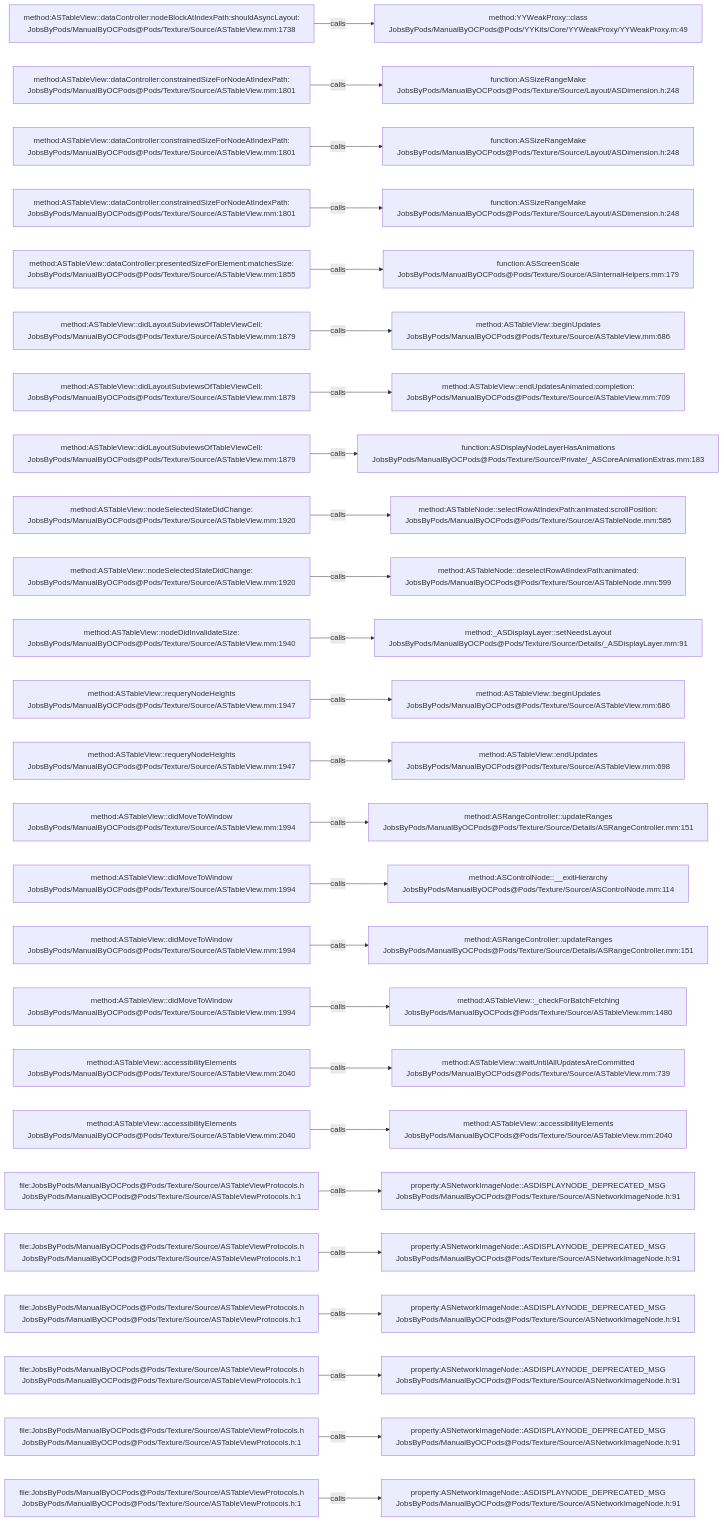
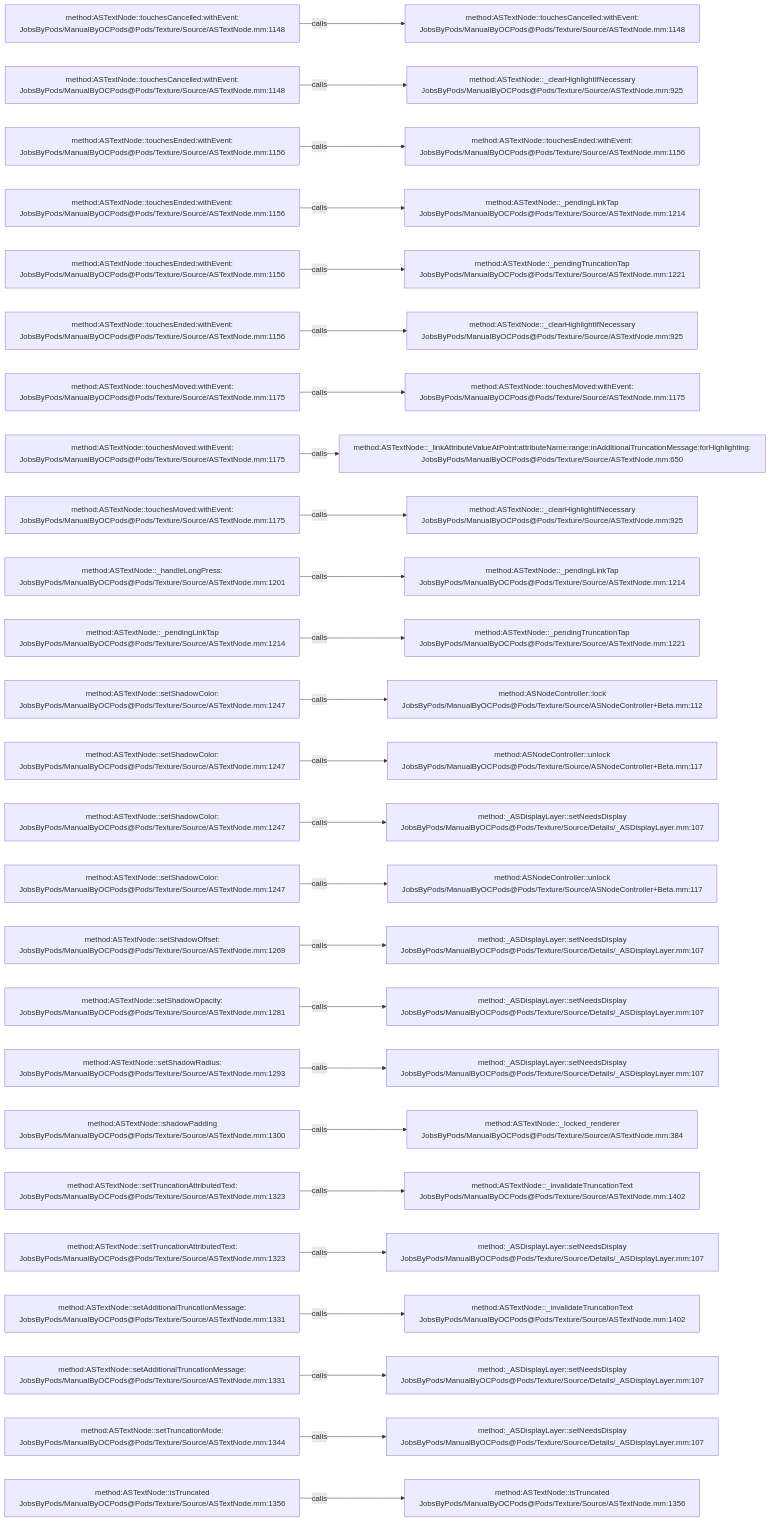
One commit to JobsKits/JobsOCBaseConfigDemo changed the diagram in .codegraph/codegraph.md/graphs/calls-139.md. Above: the diagram before and after it, drawn with Mermaid. The commit also changed 1223 other files, not shown here.

````diff
--- a/.codegraph/codegraph.md/graphs/calls-139.md
+++ b/.codegraph/codegraph.md/graphs/calls-139.md
@@ -13,78 +13,78 @@
 ```mermaid
 flowchart LR
-  S1["method:ASTableView::dataController:nodeBlockAtIndexPath:shouldAsyncLayout:<br/>JobsByPods/ManualByOCPods@Pods/Texture/Source/ASTableView.mm:1738"]
-  T1["method:YYWeakProxy::class<br/>JobsByPods/ManualByOCPods@Pods/YYKits/Core/YYWeakProxy/YYWeakProxy.m:49"]
+  S1["method:ASTextNode::touchesCancelled:withEvent:<br/>JobsByPods/ManualByOCPods@Pods/Texture/Source/ASTextNode.mm:1148"]
+  T1["method:ASTextNode::touchesCancelled:withEvent:<br/>JobsByPods/ManualByOCPods@Pods/Texture/Source/ASTextNode.mm:1148"]
   S1 -->|calls| T1
-  S2["method:ASTableView::dataController:constrainedSizeForNodeAtIndexPath:<br/>JobsByPods/ManualByOCPods@Pods/Texture/Source/ASTableView.mm:1801"]
-  T2["function:ASSizeRangeMake<br/>JobsByPods/ManualByOCPods@Pods/Texture/Source/Layout/ASDimension.h:248"]
+  S2["method:ASTextNode::touchesCancelled:withEvent:<br/>JobsByPods/ManualByOCPods@Pods/Texture/Source/ASTextNode.mm:1148"]
+  T2["method:ASTextNode::_clearHighlightIfNecessary<br/>JobsByPods/ManualByOCPods@Pods/Texture/Source/ASTextNode.mm:925"]
   S2 -->|calls| T2
-  S3["method:ASTableView::dataController:constrainedSizeForNodeAtIndexPath:<br/>JobsByPods/ManualByOCPods@Pods/Texture/Source/ASTableView.mm:1801"]
-  T3["function:ASSizeRangeMake<br/>JobsByPods/ManualByOCPods@Pods/Texture/Source/Layout/ASDimension.h:248"]
+  S3["method:ASTextNode::touchesEnded:withEvent:<br/>JobsByPods/ManualByOCPods@Pods/Texture/Source/ASTextNode.mm:1156"]
+  T3["method:ASTextNode::touchesEnded:withEvent:<br/>JobsByPods/ManualByOCPods@Pods/Texture/Source/ASTextNode.mm:1156"]
   S3 -->|calls| T3
-  S4["method:ASTableView::dataController:constrainedSizeForNodeAtIndexPath:<br/>JobsByPods/ManualByOCPods@Pods/Texture/Source/ASTableView.mm:1801"]
-  T4["function:ASSizeRangeMake<br/>JobsByPods/ManualByOCPods@Pods/Texture/Source/Layout/ASDimension.h:248"]
+  S4["method:ASTextNode::touchesEnded:withEvent:<br/>JobsByPods/ManualByOCPods@Pods/Texture/Source/ASTextNode.mm:1156"]
+  T4["method:ASTextNode::_pendingLinkTap<br/>JobsByPods/ManualByOCPods@Pods/Texture/Source/ASTextNode.mm:1214"]
   S4 -->|calls| T4
-  S5["method:ASTableView::dataController:presentedSizeForElement:matchesSize:<br/>JobsByPods/ManualByOCPods@Pods/Texture/Source/ASTableView.mm:1855"]
-  T5["function:ASScreenScale<br/>JobsByPods/ManualByOCPods@Pods/Texture/Source/ASInternalHelpers.mm:179"]
+  S5["method:ASTextNode::touchesEnded:withEvent:<br/>JobsByPods/ManualByOCPods@Pods/Texture/Source/ASTextNode.mm:1156"]
+  T5["method:ASTextNode::_pendingTruncationTap<br/>JobsByPods/ManualByOCPods@Pods/Texture/Source/ASTextNode.mm:1221"]
   S5 -->|calls| T5
-  S6["method:ASTableView::didLayoutSubviewsOfTableViewCell:<br/>JobsByPods/ManualByOCPods@Pods/Texture/Source/ASTableView.mm:1879"]
-  T6["method:ASTableView::beginUpdates<br/>JobsByPods/ManualByOCPods@Pods/Texture/Source/ASTableView.mm:686"]
+  S6["method:ASTextNode::touchesEnded:withEvent:<br/>JobsByPods/ManualByOCPods@Pods/Texture/Source/ASTextNode.mm:1156"]
+  T6["method:ASTextNode::_clearHighlightIfNecessary<br/>JobsByPods/ManualByOCPods@Pods/Texture/Source/ASTextNode.mm:925"]
   S6 -->|calls| T6
-  S7["method:ASTableView::didLayoutSubviewsOfTableViewCell:<br/>JobsByPods/ManualByOCPods@Pods/Texture/Source/ASTableView.mm:1879"]
-  T7["method:ASTableView::endUpdatesAnimated:completion:<br/>JobsByPods/ManualByOCPods@Pods/Texture/Source/ASTableView.mm:709"]
+  S7["method:ASTextNode::touchesMoved:withEvent:<br/>JobsByPods/ManualByOCPods@Pods/Texture/Source/ASTextNode.mm:1175"]
+  T7["method:ASTextNode::touchesMoved:withEvent:<br/>JobsByPods/ManualByOCPods@Pods/Texture/Source/ASTextNode.mm:1175"]
   S7 -->|calls| T7
-  S8["method:ASTableView::didLayoutSubviewsOfTableViewCell:<br/>JobsByPods/ManualByOCPods@Pods/Texture/Source/ASTableView.mm:1879"]
-  T8["function:ASDisplayNodeLayerHasAnimations<br/>JobsByPods/ManualByOCPods@Pods/Texture/Source/Private/_ASCoreAnimationExtras.mm:183"]
+  S8["method:ASTextNode::touchesMoved:withEvent:<br/>JobsByPods/ManualByOCPods@Pods/Texture/Source/ASTextNode.mm:1175"]
+  T8["method:ASTextNode::_linkAttributeValueAtPoint:attributeName:range:inAdditionalTruncationMessage:forHighlighting:<br/>JobsByPods/ManualByOCPods@Pods/Texture/Source/ASTextNode.mm:650"]
   S8 -->|calls| T8
-  S9["method:ASTableView::nodeSelectedStateDidChange:<br/>JobsByPods/ManualByOCPods@Pods/Texture/Source/ASTableView.mm:1920"]
-  T9["method:ASTableNode::selectRowAtIndexPath:animated:scrollPosition:<br/>JobsByPods/ManualByOCPods@Pods/Texture/Source/ASTableNode.mm:585"]
+  S9["method:ASTextNode::touchesMoved:withEvent:<br/>JobsByPods/ManualByOCPods@Pods/Texture/Source/ASTextNode.mm:1175"]
+  T9["method:ASTextNode::_clearHighlightIfNecessary<br/>JobsByPods/ManualByOCPods@Pods/Texture/Source/ASTextNode.mm:925"]
   S9 -->|calls| T9
-  S10["method:ASTableView::nodeSelectedStateDidChange:<br/>JobsByPods/ManualByOCPods@Pods/Texture/Source/ASTableView.mm:1920"]
-  T10["method:ASTableNode::deselectRowAtIndexPath:animated:<br/>JobsByPods/ManualByOCPods@Pods/Texture/Source/ASTableNode.mm:599"]
+  S10["method:ASTextNode::_handleLongPress:<br/>JobsByPods/ManualByOCPods@Pods/Texture/Source/ASTextNode.mm:1201"]
+  T10["method:ASTextNode::_pendingLinkTap<br/>JobsByPods/ManualByOCPods@Pods/Texture/Source/ASTextNode.mm:1214"]
   S10 -->|calls| T10
-  S11["method:ASTableView::nodeDidInvalidateSize:<br/>JobsByPods/ManualByOCPods@Pods/Texture/Source/ASTableView.mm:1940"]
-  T11["method:_ASDisplayLayer::setNeedsLayout<br/>JobsByPods/ManualByOCPods@Pods/Texture/Source/Details/_ASDisplayLayer.mm:91"]
+  S11["method:ASTextNode::_pendingLinkTap<br/>JobsByPods/ManualByOCPods@Pods/Texture/Source/ASTextNode.mm:1214"]
+  T11["method:ASTextNode::_pendingTruncationTap<br/>JobsByPods/ManualByOCPods@Pods/Texture/Source/ASTextNode.mm:1221"]
   S11 -->|calls| T11
-  S12["method:ASTableView::requeryNodeHeights<br/>JobsByPods/ManualByOCPods@Pods/Texture/Source/ASTableView.mm:1947"]
-  T12["method:ASTableView::beginUpdates<br/>JobsByPods/ManualByOCPods@Pods/Texture/Source/ASTableView.mm:686"]
+  S12["method:ASTextNode::setShadowColor:<br/>JobsByPods/ManualByOCPods@Pods/Texture/Source/ASTextNode.mm:1247"]
+  T12["method:ASNodeController::lock<br/>JobsByPods/ManualByOCPods@Pods/Texture/Source/ASNodeController+Beta.mm:112"]
   S12 -->|calls| T12
-  S13["method:ASTableView::requeryNodeHeights<br/>JobsByPods/ManualByOCPods@Pods/Texture/Source/ASTableView.mm:1947"]
-  T13["method:ASTableView::endUpdates<br/>JobsByPods/ManualByOCPods@Pods/Texture/Source/ASTableView.mm:698"]
+  S13["method:ASTextNode::setShadowColor:<br/>JobsByPods/ManualByOCPods@Pods/Texture/Source/ASTextNode.mm:1247"]
+  T13["method:ASNodeController::unlock<br/>JobsByPods/ManualByOCPods@Pods/Texture/Source/ASNodeController+Beta.mm:117"]
   S13 -->|calls| T13
-  S14["method:ASTableView::didMoveToWindow<br/>JobsByPods/ManualByOCPods@Pods/Texture/Source/ASTableView.mm:1994"]
-  T14["method:ASRangeController::updateRanges<br/>JobsByPods/ManualByOCPods@Pods/Texture/Source/Details/ASRangeController.mm:151"]
+  S14["method:ASTextNode::setShadowColor:<br/>JobsByPods/ManualByOCPods@Pods/Texture/Source/ASTextNode.mm:1247"]
+  T14["method:_ASDisplayLayer::setNeedsDisplay<br/>JobsByPods/ManualByOCPods@Pods/Texture/Source/Details/_ASDisplayLayer.mm:107"]
   S14 -->|calls| T14
-  S15["method:ASTableView::didMoveToWindow<br/>JobsByPods/ManualByOCPods@Pods/Texture/Source/ASTableView.mm:1994"]
-  T15["method:ASControlNode::__exitHierarchy<br/>JobsByPods/ManualByOCPods@Pods/Texture/Source/ASControlNode.mm:114"]
+  S15["method:ASTextNode::setShadowColor:<br/>JobsByPods/ManualByOCPods@Pods/Texture/Source/ASTextNode.mm:1247"]
+  T15["method:ASNodeController::unlock<br/>JobsByPods/ManualByOCPods@Pods/Texture/Source/ASNodeController+Beta.mm:117"]
   S15 -->|calls| T15
-  S16["method:ASTableView::didMoveToWindow<br/>JobsByPods/ManualByOCPods@Pods/Texture/Source/ASTableView.mm:1994"]
-  T16["method:ASRangeController::updateRanges<br/>JobsByPods/ManualByOCPods@Pods/Texture/Source/Details/ASRangeController.mm:151"]
+  S16["method:ASTextNode::setShadowOffset:<br/>JobsByPods/ManualByOCPods@Pods/Texture/Source/ASTextNode.mm:1269"]
+  T16["method:_ASDisplayLayer::setNeedsDisplay<br/>JobsByPods/ManualByOCPods@Pods/Texture/Source/Details/_ASDisplayLayer.mm:107"]
   S16 -->|calls| T16
-  S17["method:ASTableView::didMoveToWindow<br/>JobsByPods/ManualByOCPods@Pods/Texture/Source/ASTableView.mm:1994"]
-  T17["method:ASTableView::_checkForBatchFetching<br/>JobsByPods/ManualByOCPods@Pods/Texture/Source/ASTableView.mm:1480"]
+  S17["method:ASTextNode::setShadowOpacity:<br/>JobsByPods/ManualByOCPods@Pods/Texture/Source/ASTextNode.mm:1281"]
+  T17["method:_ASDisplayLayer::setNeedsDisplay<br/>JobsByPods/ManualByOCPods@Pods/Texture/Source/Details/_ASDisplayLayer.mm:107"]
   S17 -->|calls| T17
-  S18["method:ASTableView::accessibilityElements<br/>JobsByPods/ManualByOCPods@Pods/Texture/Source/ASTableView.mm:2040"]
-  T18["method:ASTableView::waitUntilAllUpdatesAreCommitted<br/>JobsByPods/ManualByOCPods@Pods/Texture/Source/ASTableView.mm:739"]
+  S18["method:ASTextNode::setShadowRadius:<br/>JobsByPods/ManualByOCPods@Pods/Texture/Source/ASTextNode.mm:1293"]
+  T18["method:_ASDisplayLayer::setNeedsDisplay<br/>JobsByPods/ManualByOCPods@Pods/Texture/Source/Details/_ASDisplayLayer.mm:107"]
   S18 -->|calls| T18
-  S19["method:ASTableView::accessibilityElements<br/>JobsByPods/ManualByOCPods@Pods/Texture/Source/ASTableView.mm:2040"]
-  T19["method:ASTableView::accessibilityElements<br/>JobsByPods/ManualByOCPods@Pods/Texture/Source/ASTableView.mm:2040"]
+  S19["method:ASTextNode::shadowPadding<br/>JobsByPods/ManualByOCPods@Pods/Texture/Source/ASTextNode.mm:1300"]
+  T19["method:ASTextNode::_locked_renderer<br/>JobsByPods/ManualByOCPods@Pods/Texture/Source/ASTextNode.mm:384"]
   S19 -->|calls| T19
-  S20["file:JobsByPods/ManualByOCPods@Pods/Texture/Source/ASTableViewProtocols.h<br/>JobsByPods/ManualByOCPods@Pods/Texture/Source/ASTableViewProtocols.h:1"]
-  T20["property:ASNetworkImageNode::ASDISPLAYNODE_DEPRECATED_MSG<br/>JobsByPods/ManualByOCPods@Pods/Texture/Source/ASNetworkImageNode.h:91"]
+  S20["method:ASTextNode::setTruncationAttributedText:<br/>JobsByPods/ManualByOCPods@Pods/Texture/Source/ASTextNode.mm:1323"]
+  T20["method:ASTextNode::_invalidateTruncationText<br/>JobsByPods/ManualByOCPods@Pods/Texture/Source/ASTextNode.mm:1402"]
   S20 -->|calls| T20
-  S21["file:JobsByPods/ManualByOCPods@Pods/Texture/Source/ASTableViewProtocols.h<br/>JobsByPods/ManualByOCPods@Pods/Texture/Source/ASTableViewProtocols.h:1"]
-  T21["property:ASNetworkImageNode::ASDISPLAYNODE_DEPRECATED_MSG<br/>JobsByPods/ManualByOCPods@Pods/Texture/Source/ASNetworkImageNode.h:91"]
+  S21["method:ASTextNode::setTruncationAttributedText:<br/>JobsByPods/ManualByOCPods@Pods/Texture/Source/ASTextNode.mm:1323"]
+  T21["method:_ASDisplayLayer::setNeedsDisplay<br/>JobsByPods/ManualByOCPods@Pods/Texture/Source/Details/_ASDisplayLayer.mm:107"]
   S21 -->|calls| T21
-  S22["file:JobsByPods/ManualByOCPods@Pods/Texture/Source/ASTableViewProtocols.h<br/>JobsByPods/ManualByOCPods@Pods/Texture/Source/ASTableViewProtocols.h:1"]
-  T22["property:ASNetworkImageNode::ASDISPLAYNODE_DEPRECATED_MSG<br/>JobsByPods/ManualByOCPods@Pods/Texture/Source/ASNetworkImageNode.h:91"]
+  S22["method:ASTextNode::setAdditionalTruncationMessage:<br/>JobsByPods/ManualByOCPods@Pods/Texture/Source/ASTextNode.mm:1331"]
+  T22["method:ASTextNode::_invalidateTruncationText<br/>JobsByPods/ManualByOCPods@Pods/Texture/Source/ASTextNode.mm:1402"]
   S22 -->|calls| T22
-  S23["file:JobsByPods/ManualByOCPods@Pods/Texture/Source/ASTableViewProtocols.h<br/>JobsByPods/ManualByOCPods@Pods/Texture/Source/ASTableViewProtocols.h:1"]
-  T23["property:ASNetworkImageNode::ASDISPLAYNODE_DEPRECATED_MSG<br/>JobsByPods/ManualByOCPods@Pods/Texture/Source/ASNetworkImageNode.h:91"]
+  S23["method:ASTextNode::setAdditionalTruncationMessage:<br/>JobsByPods/ManualByOCPods@Pods/Texture/Source/ASTextNode.mm:1331"]
+  T23["method:_ASDisplayLayer::setNeedsDisplay<br/>JobsByPods/ManualByOCPods@Pods/Texture/Source/Details/_ASDisplayLayer.mm:107"]
   S23 -->|calls| T23
-  S24["file:JobsByPods/ManualByOCPods@Pods/Texture/Source/ASTableViewProtocols.h<br/>JobsByPods/ManualByOCPods@Pods/Texture/Source/ASTableViewProtocols.h:1"]
-  T24["property:ASNetworkImageNode::ASDISPLAYNODE_DEPRECATED_MSG<br/>JobsByPods/ManualByOCPods@Pods/Texture/Source/ASNetworkImageNode.h:91"]
+  S24["method:ASTextNode::setTruncationMode:<br/>JobsByPods/ManualByOCPods@Pods/Texture/Source/ASTextNode.mm:1344"]
+  T24["method:_ASDisplayLayer::setNeedsDisplay<br/>JobsByPods/ManualByOCPods@Pods/Texture/Source/Details/_ASDisplayLayer.mm:107"]
   S24 -->|calls| T24
-  S25["file:JobsByPods/ManualByOCPods@Pods/Texture/Source/ASTableViewProtocols.h<br/>JobsByPods/ManualByOCPods@Pods/Texture/Source/ASTableViewProtocols.h:1"]
-  T25["property:ASNetworkImageNode::ASDISPLAYNODE_DEPRECATED_MSG<br/>JobsByPods/ManualByOCPods@Pods/Texture/Source/ASNetworkImageNode.h:91"]
+  S25["method:ASTextNode::isTruncated<br/>JobsByPods/ManualByOCPods@Pods/Texture/Source/ASTextNode.mm:1356"]
+  T25["method:ASTextNode::isTruncated<br/>JobsByPods/ManualByOCPods@Pods/Texture/Source/ASTextNode.mm:1356"]
   S25 -->|calls| T25
 ```
````
